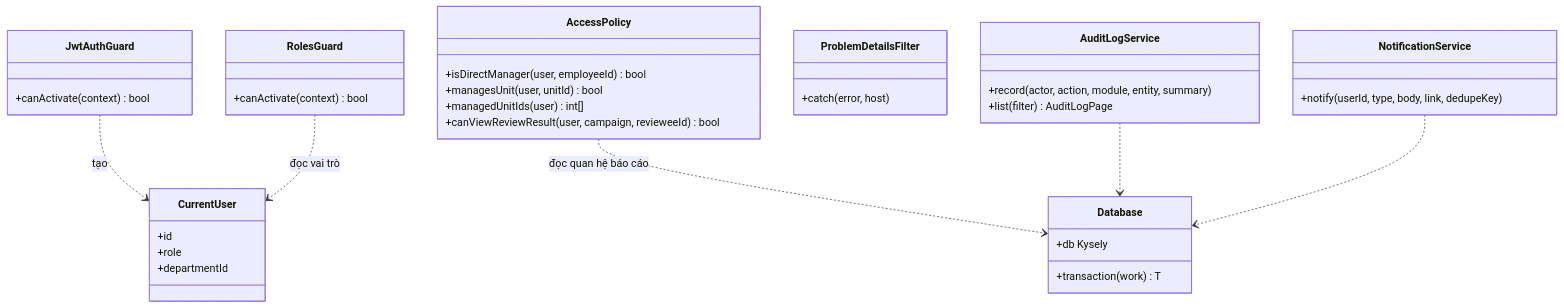
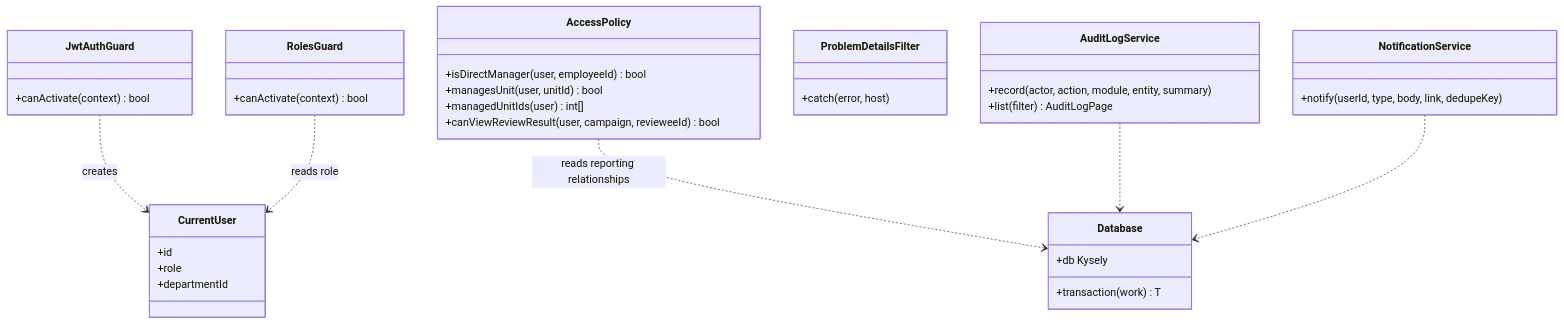
Before and after one commit to Akaza-ban/OCK-360: the first of 7 diagrams in docs/architecture/class-diagrams.md, drawn with Mermaid. The commit also changed other lines of this file and 24 other files, not shown here.

````diff
--- a/docs/architecture/class-diagrams.md
+++ b/docs/architecture/class-diagrams.md
@@ -19,39 +19,39 @@
 ```mermaid
 classDiagram
     class JwtAuthGuard {
         +canActivate(context) bool
     }
     class RolesGuard {
         +canActivate(context) bool
     }
     class CurrentUser {
         +id
         +role
         +departmentId
     }
     class AccessPolicy {
         +isDirectManager(user, employeeId) bool
         +managesUnit(user, unitId) bool
         +managedUnitIds(user) int[]
         +canViewReviewResult(user, campaign, revieweeId) bool
     }
     class ProblemDetailsFilter {
         +catch(error, host)
     }
     class Database {
         +db Kysely
         +transaction(work) T
     }
     class AuditLogService {
         +record(actor, action, module, entity, summary)
         +list(filter) AuditLogPage
     }
     class NotificationService {
         +notify(userId, type, body, link, dedupeKey)
     }
-    JwtAuthGuard ..> CurrentUser : tạo
-    RolesGuard ..> CurrentUser : đọc vai trò
-    AccessPolicy ..> Database : đọc quan hệ báo cáo
+    JwtAuthGuard ..> CurrentUser : creates
+    RolesGuard ..> CurrentUser : reads role
+    AccessPolicy ..> Database : reads reporting relationships
     AuditLogService ..> Database
     NotificationService ..> Database
 ```
````
